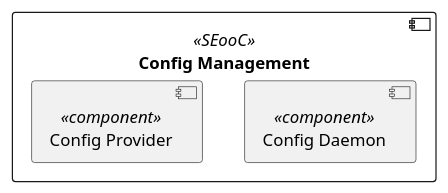
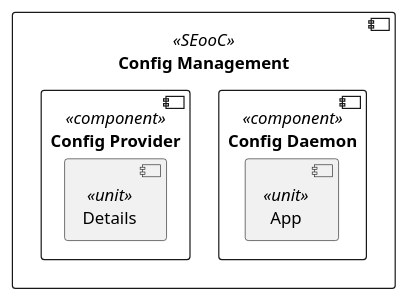
The diagram in score/config_management/dependability/software_architectural_design/static_design.puml (akritisingh1109/config_management), drawn with PlantUML before and after one commit. The commit also changed 6 other files, not shown here.

```diff
--- a/score/config_management/dependability/software_architectural_design/static_design.puml
+++ b/score/config_management/dependability/software_architectural_design/static_design.puml
@@ -14,11 +14,15 @@
 @startuml
 
 component "Config Management" as config_management <<SEooC>> {
 
-    component "Config Daemon" as config_daemon <<component>>
+    component "Config Daemon" as config_daemon_component <<component>> {
+        component "App" as config_daemon_app_unit <<unit>>
+    }
 
-    component "Config Provider" as config_provider <<component>>
+    component "Config Provider" as config_provider_component <<component>> {
+        component "Details" as config_provider_details_unit <<unit>>
+    }
 
 }
 
 @enduml
```
